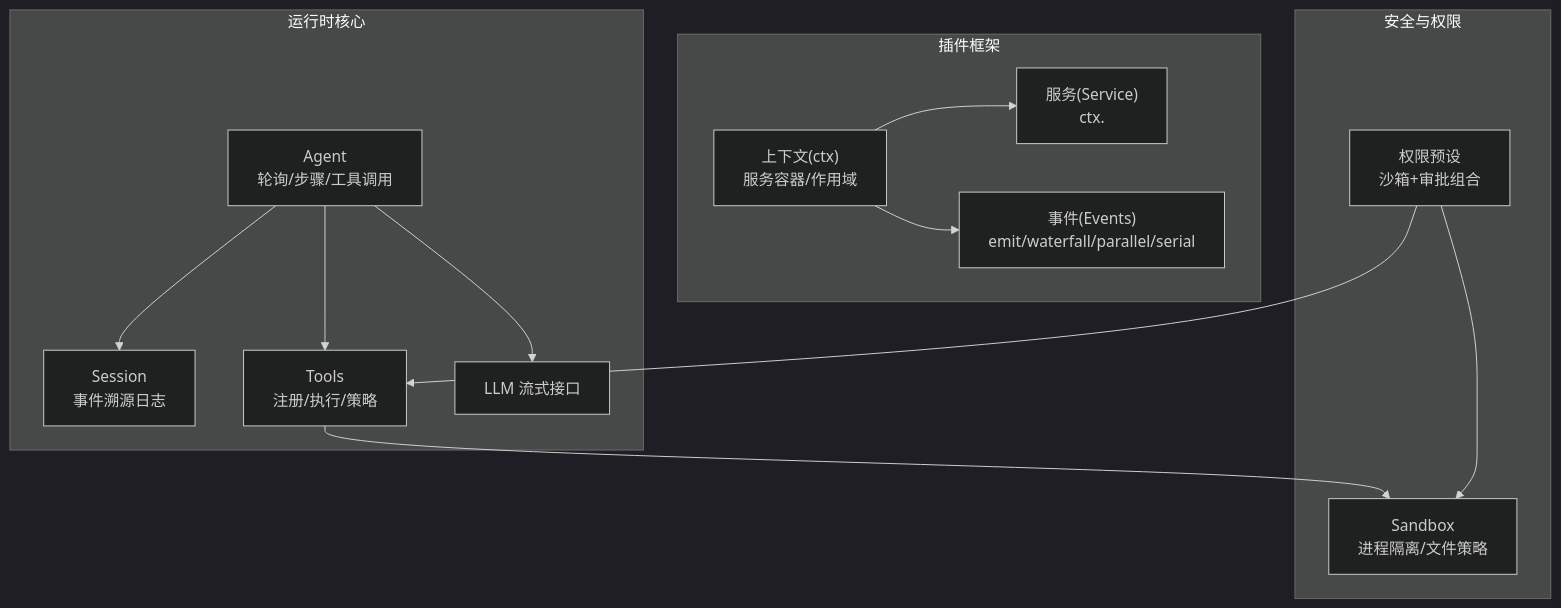
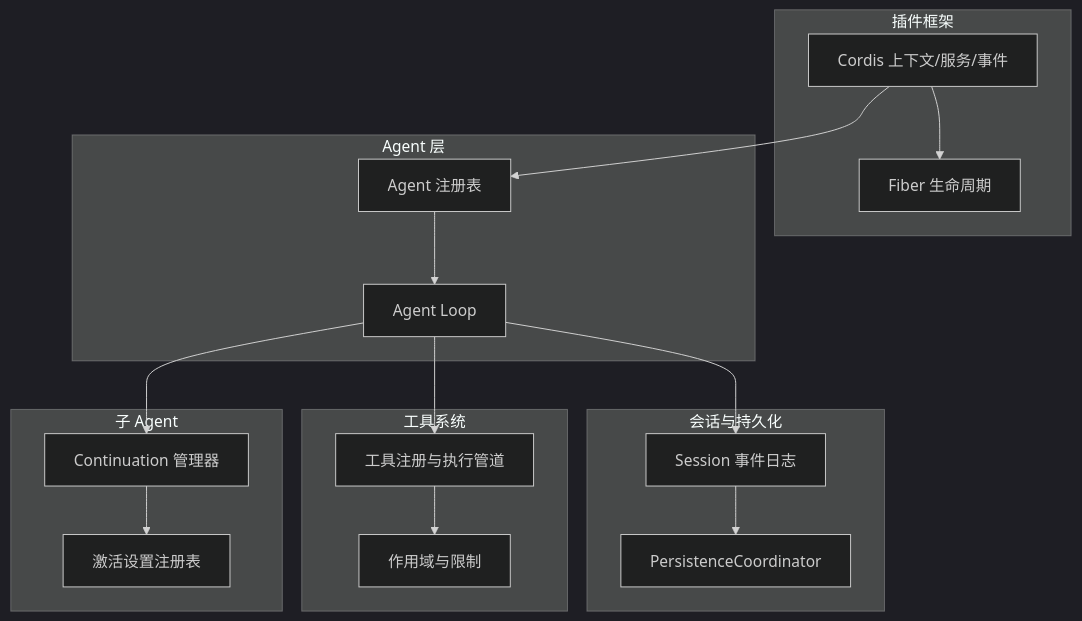
Before and after one commit to gongzili456/deepseek-harness: the first of 8 diagrams in .qoder/repowiki/zh/content/核心概念/核心概念.md, drawn with Mermaid (dark theme). The commit also changed other lines of this file and 1001 other files, not shown here.

````diff
--- a/.qoder/repowiki/zh/content/核心概念/核心概念.md
+++ b/.qoder/repowiki/zh/content/核心概念/核心概念.md
@@ -41,26 +46,32 @@
 ```mermaid
 graph TB
 subgraph "插件框架"
-Ctx["上下文(ctx)<br/>服务容器/作用域"]
-Svc["服务(Service)<br/>ctx.<key>"]
-Ev["事件(Events)<br/>emit/waterfall/parallel/serial"]
+CORDIS["Cordis 上下文/服务/事件"]
+FIBER["Fiber 生命周期"]
 end
-subgraph "运行时核心"
-Agent["Agent<br/>轮询/步骤/工具调用"]
-Session["Session<br/>事件溯源日志"]
-Tools["Tools<br/>注册/执行/策略"]
-LLM["LLM 流式接口"]
+subgraph "Agent 层"
+AGREG["Agent 注册表"]
+LOOP["Agent Loop"]
 end
-subgraph "安全与权限"
-Sandbox["Sandbox<br/>进程隔离/文件策略"]
-Perm["权限预设<br/>沙箱+审批组合"]
+subgraph "会话与持久化"
+SESS["Session 事件日志"]
+PERS["PersistenceCoordinator"]
 end
-Ctx --> Svc
-Ctx --> Ev
-Agent --> Session
-Agent --> Tools
-Agent --> LLM
-Tools --> Sandbox
-Perm --> Sandbox
-Perm --> Tools
+subgraph "工具系统"
+TOOLS["工具注册与执行管道"]
+SCOPE["作用域与限制"]
+end
+subgraph "子 Agent"
+SUBCONT["Continuation 管理器"]
+ACTSETUP["激活设置注册表"]
+end
+CORDIS --> FIBER
+CORDIS --> AGREG
+AGREG --> LOOP
+LOOP --> SESS
+SESS --> PERS
+LOOP --> TOOLS
+TOOLS --> SCOPE
+LOOP --> SUBCONT
+SUBCONT --> ACTSETUP
 ```
````
